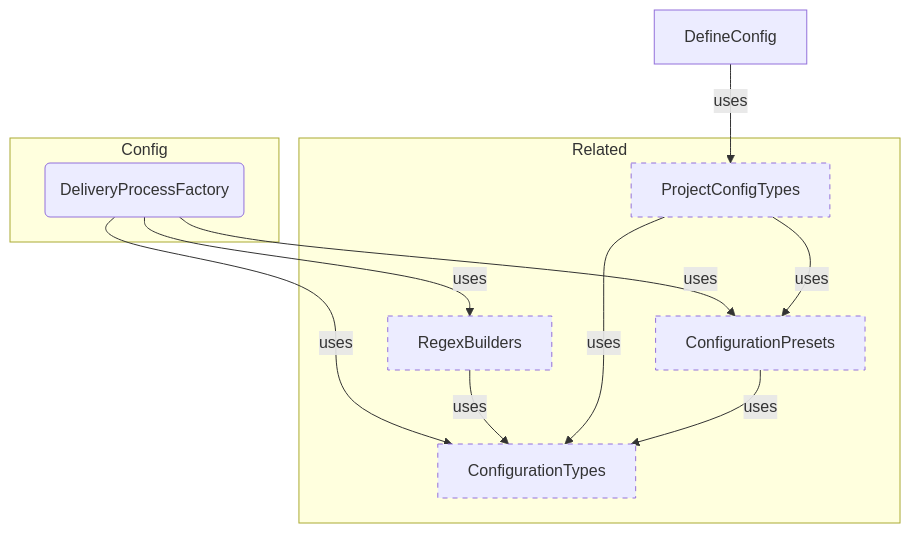
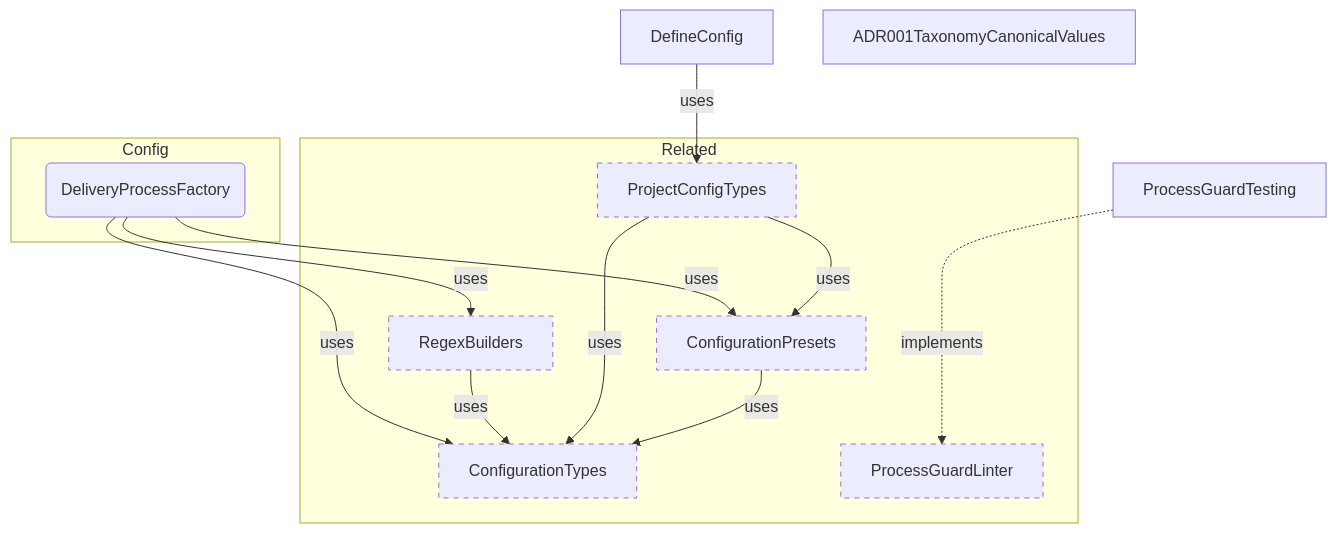
Before and after one commit to libar-dev/architect: the first of 2 diagrams in docs-generated/docs/REFERENCE-SAMPLE.md, drawn with Mermaid. The commit also changed other lines of this file and 332 other files, not shown here.

````diff
--- a/docs-generated/docs/REFERENCE-SAMPLE.md
+++ b/docs-generated/docs/REFERENCE-SAMPLE.md
@@ -12,22 +12,26 @@
 ```mermaid
 graph TB
     subgraph config["Config"]
         DeliveryProcessFactory("DeliveryProcessFactory")
     end
     DefineConfig["DefineConfig"]
+    ADR001TaxonomyCanonicalValues["ADR001TaxonomyCanonicalValues"]
+    ProcessGuardTesting["ProcessGuardTesting"]
     subgraph related["Related"]
         ConfigurationTypes["ConfigurationTypes"]:::neighbor
         RegexBuilders["RegexBuilders"]:::neighbor
         ProjectConfigTypes["ProjectConfigTypes"]:::neighbor
         ConfigurationPresets["ConfigurationPresets"]:::neighbor
+        ProcessGuardLinter["ProcessGuardLinter"]:::neighbor
     end
     DeliveryProcessFactory -->|uses| ConfigurationTypes
     DeliveryProcessFactory -->|uses| ConfigurationPresets
     DeliveryProcessFactory -->|uses| RegexBuilders
     DefineConfig -->|uses| ProjectConfigTypes
+    ProcessGuardTesting ..->|implements| ProcessGuardLinter
     RegexBuilders -->|uses| ConfigurationTypes
     ProjectConfigTypes -->|uses| ConfigurationTypes
     ProjectConfigTypes -->|uses| ConfigurationPresets
     ConfigurationPresets -->|uses| ConfigurationTypes
     classDef neighbor stroke-dasharray: 5 5
 ```
````
